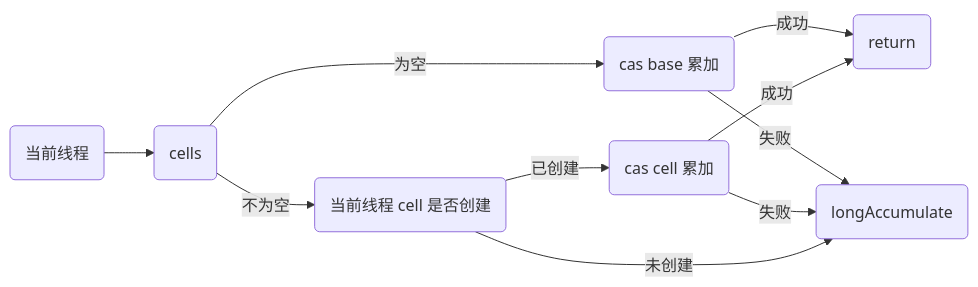
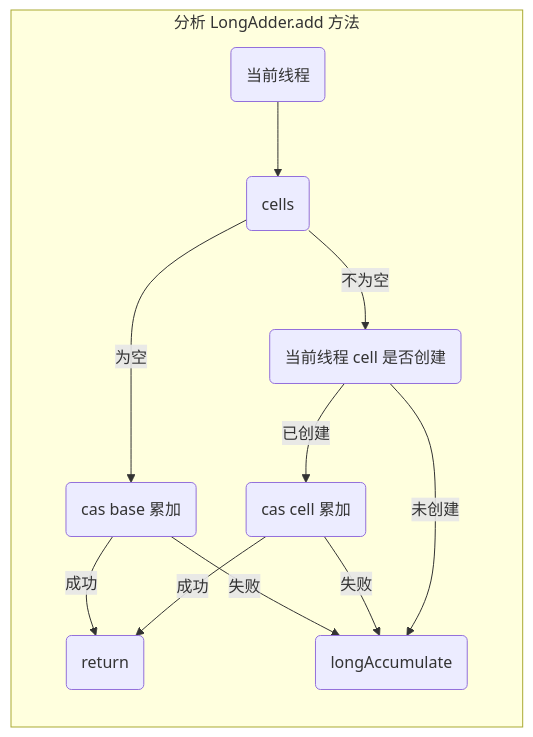
The fifth of 9 diagrams in JavaGuide/JUC.md (Doing-code/guide), drawn with Mermaid before and after one commit. The commit also changed other lines of this file and 11 other files, not shown here.

````diff
--- a/JavaGuide/JUC.md
+++ b/JavaGuide/JUC.md
@@ -1157,12 +1182,14 @@
 ```mermaid
-graph LR;
+graph LR
+subgraph 分析 LongAdder.add 方法
   A(当前线程)-->B(cells)
   B --为空--> C(cas base 累加)
   C --成功--> D(return)
   C --失败--> E(longAccumulate)
   B --不为空--> F(当前线程 cell 是否创建)
   F --已创建--> G(cas cell 累加)
   G --成功--> D
   G --失败--> E
   F --未创建--> E
+end
 ```
````
